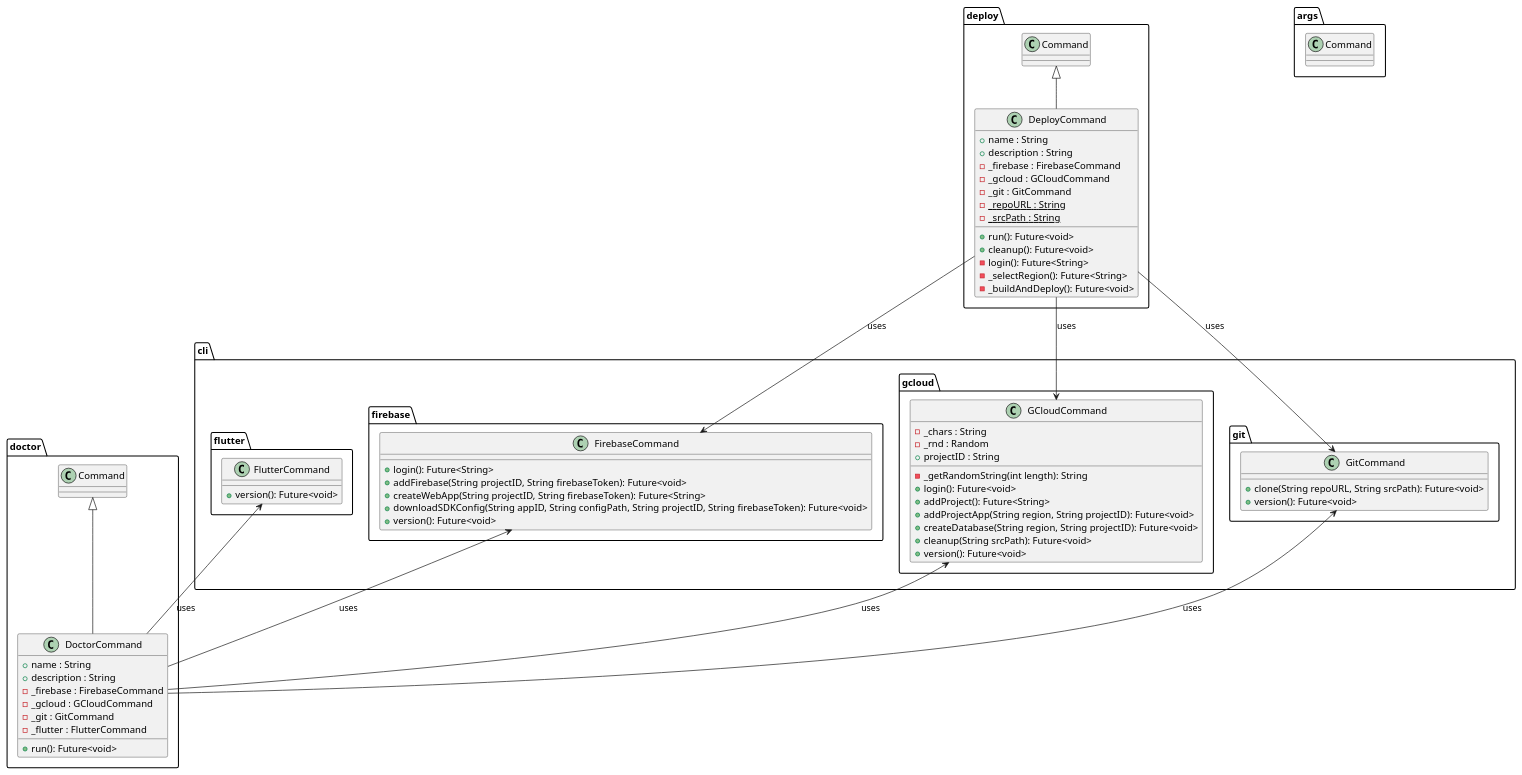
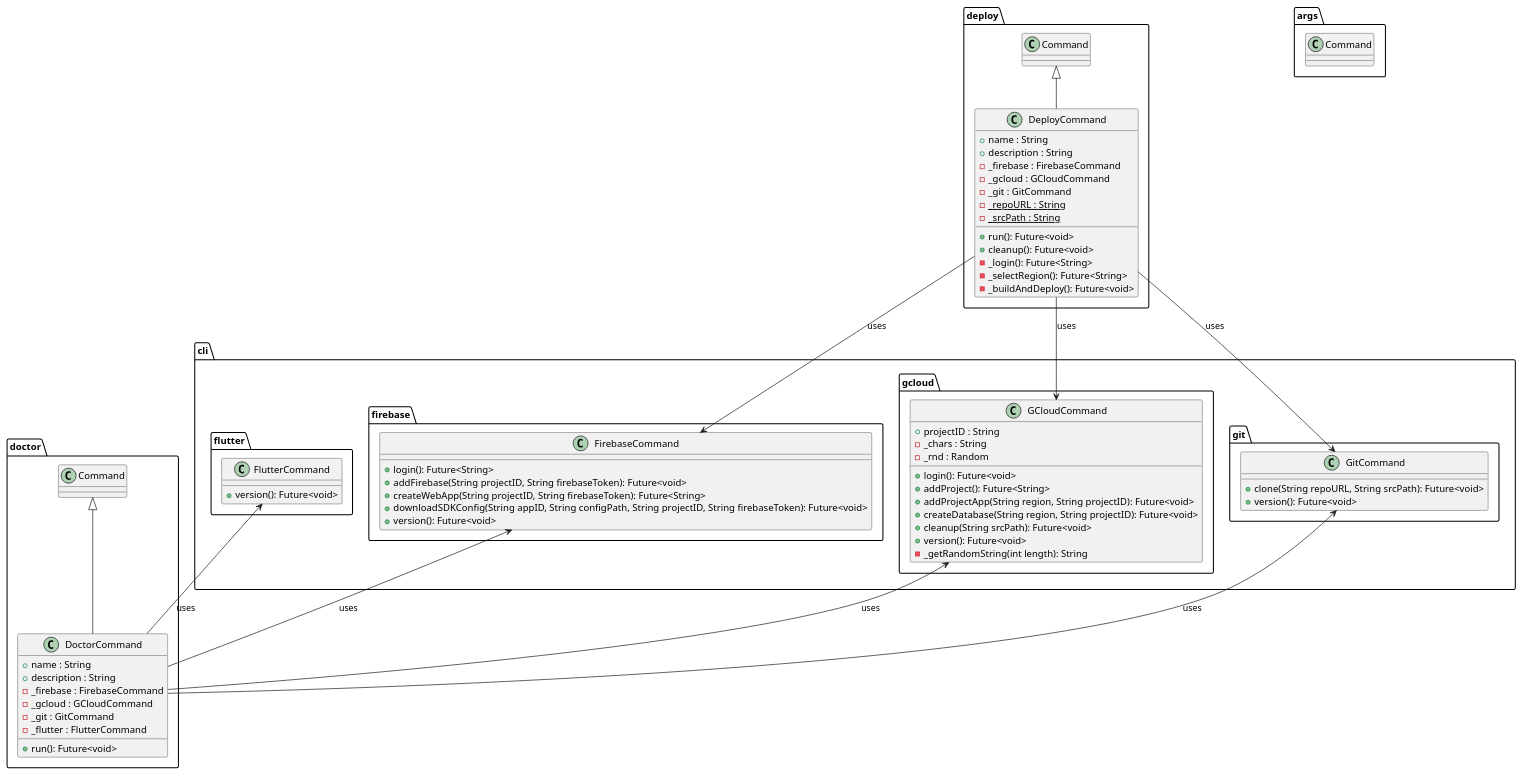
Before and after one commit to Flank/flank-dashboard: the diagram in metrics/deploy/docs/diagrams/deploy_tool_class_diagram.puml, drawn with PlantUML. The commit also changed 2 other files, not shown here.

```diff
--- a/metrics/deploy/docs/diagrams/deploy_tool_class_diagram.puml
+++ b/metrics/deploy/docs/diagrams/deploy_tool_class_diagram.puml
@@ -1,85 +1,85 @@
 @startuml deploy_tool_class_diagram
 
 package cli {
 
     package flutter {
         class FlutterCommand {
             + version(): Future<void>
         }
     }
 
     package firebase {
         class FirebaseCommand {
             + login(): Future<String>
             + addFirebase(String projectID, String firebaseToken): Future<void>
             + createWebApp(String projectID, String firebaseToken): Future<String>
             + downloadSDKConfig(String appID, String configPath, String projectID, String firebaseToken): Future<void>
             + version(): Future<void>
         }
     }
 
     package gcloud {
         class GCloudCommand {
+            + projectID : String
             - _chars : String
             - _rnd : Random
-            + projectID : String
-            - _getRandomString(int length): String
             + login(): Future<void>
             + addProject(): Future<String>
             + addProjectApp(String region, String projectID): Future<void>
             + createDatabase(String region, String projectID): Future<void>
             + cleanup(String srcPath): Future<void>
             + version(): Future<void>
+            - _getRandomString(int length): String
         }
     }
 
     package git {
         class GitCommand {
             + clone(String repoURL, String srcPath): Future<void>
             + version(): Future<void>
         }
     }
 }
 
 package args {
     class Command {}
 }
 
 package deploy {
     class DeployCommand extends Command {
         + name : String
         + description : String
         - _firebase : FirebaseCommand
         - _gcloud : GCloudCommand
         - _git : GitCommand
         - {static} _repoURL : String
         - {static} _srcPath : String
         + run(): Future<void>
         + cleanup(): Future<void>
-        - login(): Future<String>
+        - _login(): Future<String>
         - _selectRegion(): Future<String>
         - _buildAndDeploy(): Future<void>
     }
 }
 
 package doctor {
     class DoctorCommand extends Command {
         + name : String
         + description : String
         - _firebase : FirebaseCommand
         - _gcloud : GCloudCommand
         - _git : GitCommand
         - _flutter : FlutterCommand
         + run(): Future<void>
     }
 }
 
 DeployCommand --> FirebaseCommand : uses
 DeployCommand --> GCloudCommand : uses
 DeployCommand --> GitCommand : uses
 FirebaseCommand <-- DoctorCommand : uses
 GCloudCommand <-- DoctorCommand : uses
 GitCommand <-- DoctorCommand : uses
 FlutterCommand <-- DoctorCommand : uses
 
 @enduml
```
